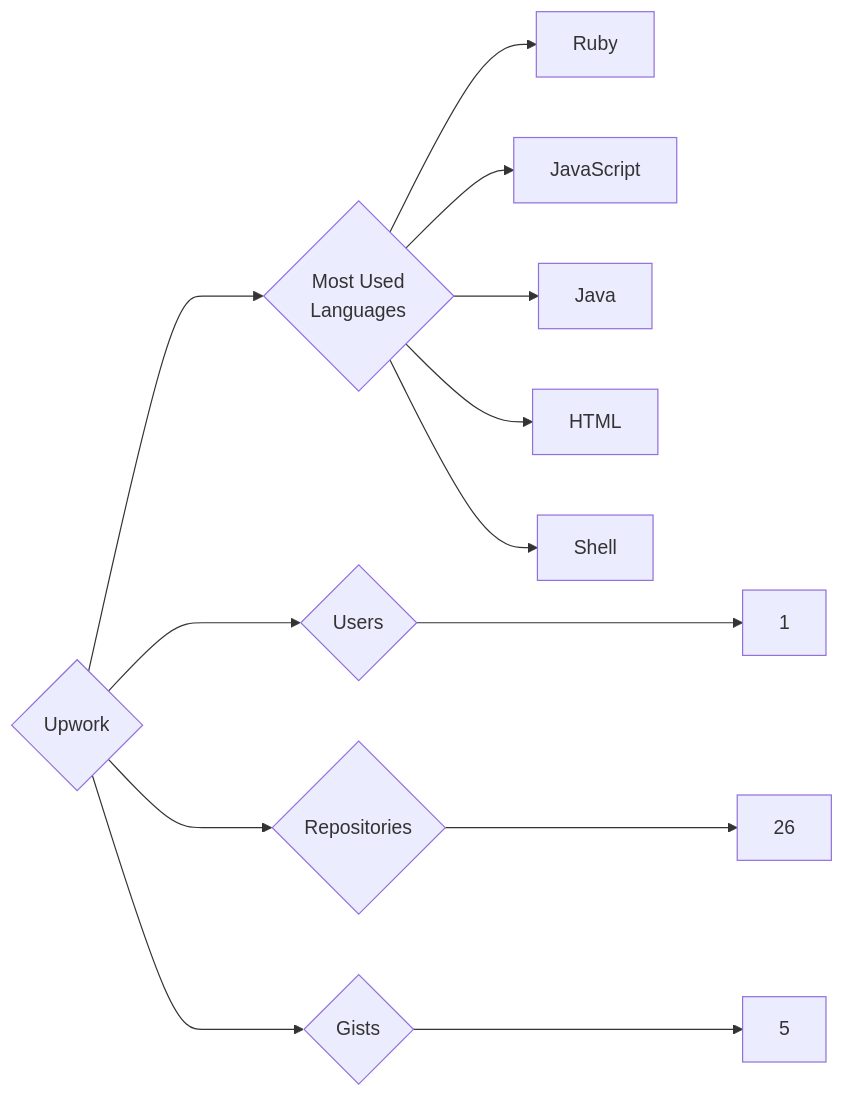
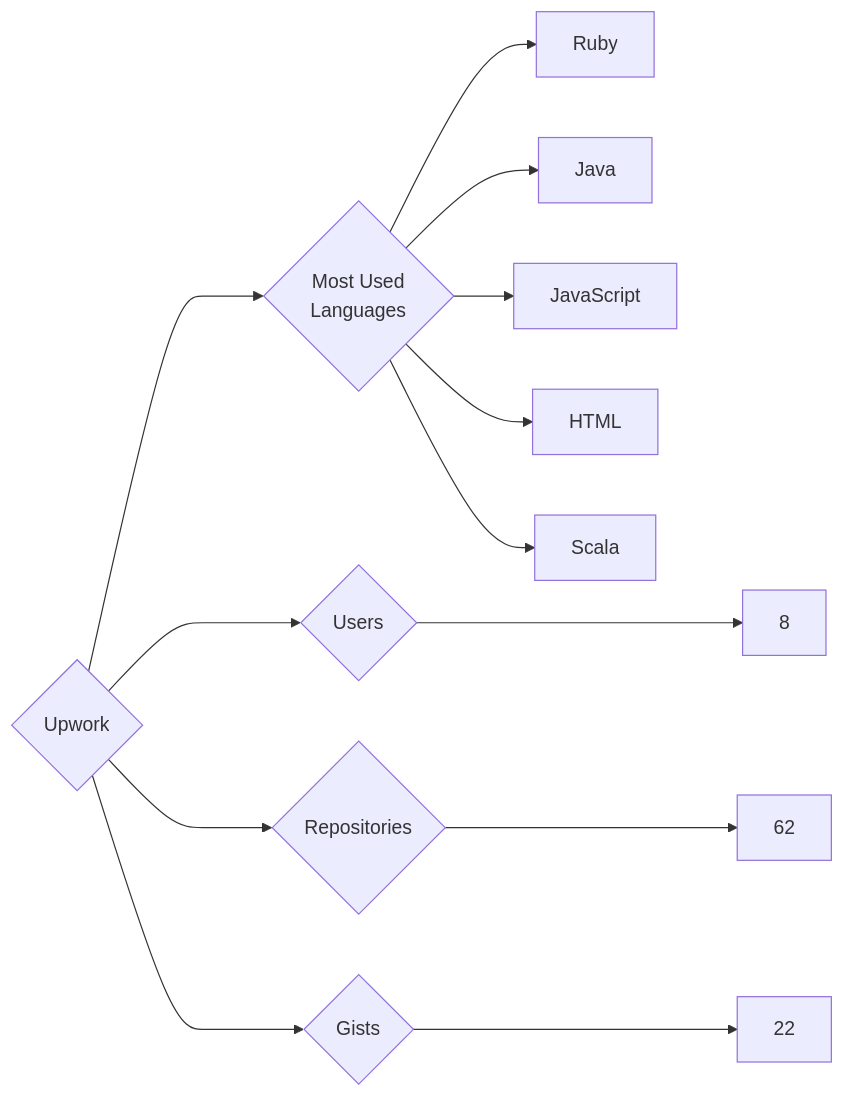
Before and after one commit to trickest/insiders: the diagram in targets/Upwork/README.md, drawn with Mermaid. The commit also changed 1696 other files, not shown here.

````diff
--- a/targets/Upwork/README.md
+++ b/targets/Upwork/README.md
@@ -3,13 +3,13 @@
 ```mermaid
 graph LR
 COMPANY_NAME{Upwork}
-COMPANY_NAME ---> U{Users} ---> UN[1]
-COMPANY_NAME ---> R{Repositories} ---> RN[26]
-COMPANY_NAME ---> G{Gists} ---> GN[5]
+COMPANY_NAME ---> U{Users} ---> UN[8]
+COMPANY_NAME ---> R{Repositories} ---> RN[62]
+COMPANY_NAME ---> G{Gists} ---> GN[22]
 COMPANY_NAME ---> ML{Most Used<br>Languages}
 ML --> Ruby[Ruby]
+ML --> Java[Java]
 ML --> JavaScript[JavaScript]
-ML --> Java[Java]
 ML --> HTML[HTML]
-ML --> Shell[Shell]
+ML --> Scala[Scala]
 ```
````
